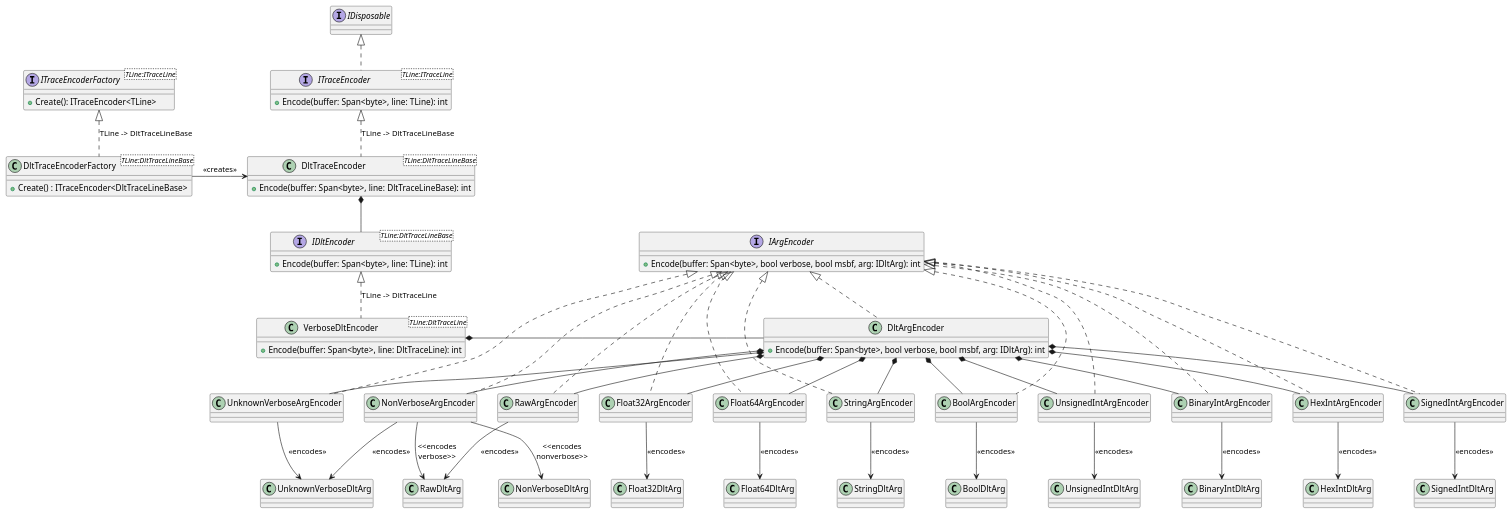
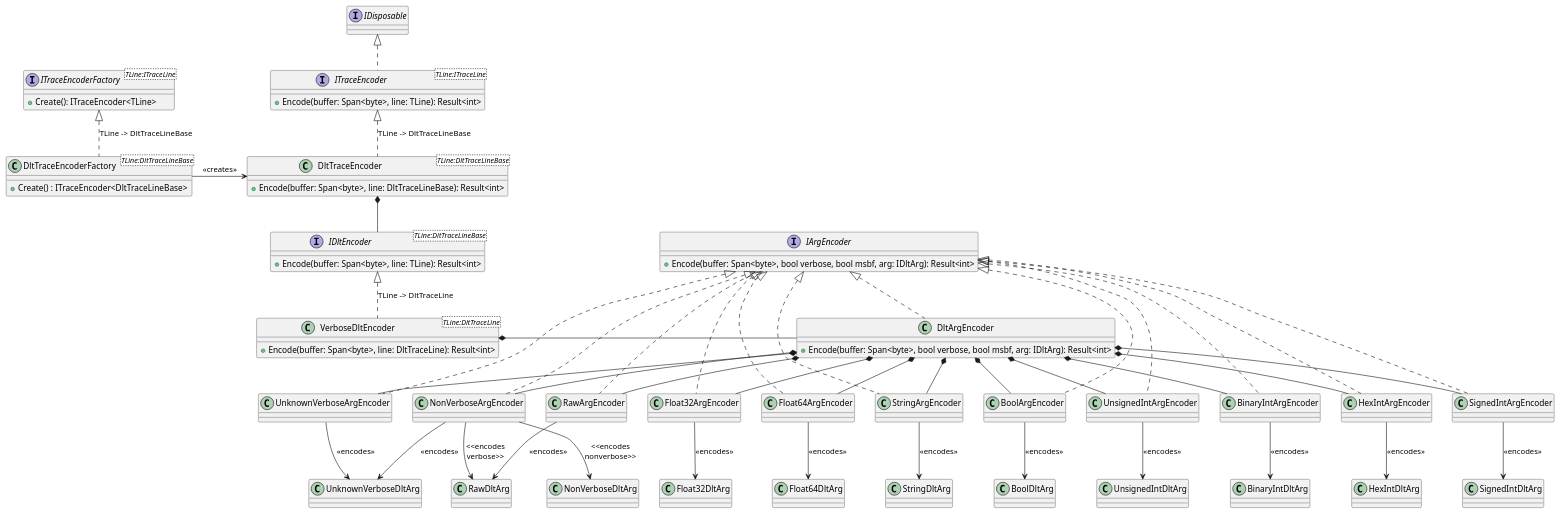
One commit to jcurl/RJCP.DLL.Log changed the diagram in TraceReader.Dlt/docs/diagrams/Dlt.WriterEncoder.plantuml. Above: the diagram before and after it, drawn with PlantUML. The commit also changed 7 other files, not shown here.

First line of the commit message:
DLT Writer: Update UML for Result<int> type

```diff
--- a/TraceReader.Dlt/docs/diagrams/Dlt.WriterEncoder.plantuml
+++ b/TraceReader.Dlt/docs/diagrams/Dlt.WriterEncoder.plantuml
@@ -1,97 +1,97 @@
 @startuml DLT.WriterEncoder
 interface IDisposable
 
 interface ITraceEncoder<TLine:ITraceLine> {
-    +Encode(buffer: Span<byte>, line: TLine): int
+    +Encode(buffer: Span<byte>, line: TLine): Result<int>
 }
 IDisposable <|.d. ITraceEncoder
 
 interface ITraceEncoderFactory<TLine:ITraceLine> {
     +Create(): ITraceEncoder<TLine>
 }
 
 class DltTraceEncoderFactory<TLine:DltTraceLineBase> {
     +Create() : ITraceEncoder<DltTraceLineBase>
 }
 ITraceEncoderFactory <|.d. DltTraceEncoderFactory : TLine -> DltTraceLineBase
 
 class DltTraceEncoder<TLine:DltTraceLineBase> {
-    +Encode(buffer: Span<byte>, line: DltTraceLineBase): int
+    +Encode(buffer: Span<byte>, line: DltTraceLineBase): Result<int>
 }
 ITraceEncoder <|.d. DltTraceEncoder : TLine -> DltTraceLineBase
 DltTraceEncoderFactory -r-> DltTraceEncoder : <<creates>>
 
 interface IDltEncoder<TLine:DltTraceLineBase> {
-   +Encode(buffer: Span<byte>, line: TLine): int
+   +Encode(buffer: Span<byte>, line: TLine): Result<int>
 }
 
 class VerboseDltEncoder<TLine:DltTraceLine> {
-    +Encode(buffer: Span<byte>, line: DltTraceLine): int
+    +Encode(buffer: Span<byte>, line: DltTraceLine): Result<int>
 }
 IDltEncoder <|.d. VerboseDltEncoder : TLine -> DltTraceLine
 
 interface IArgEncoder {
-    +Encode(buffer: Span<byte>, bool verbose, bool msbf, arg: IDltArg): int
+    +Encode(buffer: Span<byte>, bool verbose, bool msbf, arg: IDltArg): Result<int>
 }
 
 class DltArgEncoder {
-    +Encode(buffer: Span<byte>, bool verbose, bool msbf, arg: IDltArg): int
+    +Encode(buffer: Span<byte>, bool verbose, bool msbf, arg: IDltArg): Result<int>
 }
 IArgEncoder <|.d. DltArgEncoder
 VerboseDltEncoder *-r- DltArgEncoder
 
 class BoolArgEncoder
 together {
     class BinaryIntArgEncoder
     class HexIntArgEncoder
     class SignedIntArgEncoder
     class UnsignedIntArgEncoder
 }
 together {
     class Float32ArgEncoder
     class Float64ArgEncoder
 }
 class StringArgEncoder
 class RawArgEncoder
 class NonVerboseArgEncoder
 class UnknownVerboseArgEncoder
 IArgEncoder <|..d. BinaryIntArgEncoder
 IArgEncoder <|..d. HexIntArgEncoder
 IArgEncoder <|..d. SignedIntArgEncoder
 IArgEncoder <|..d. UnsignedIntArgEncoder
 IArgEncoder <|..d. BoolArgEncoder
 IArgEncoder <|..d. Float32ArgEncoder
 IArgEncoder <|..d. Float64ArgEncoder
 IArgEncoder <|..d. RawArgEncoder
 IArgEncoder <|..d. StringArgEncoder
 IArgEncoder <|..d. NonVerboseArgEncoder
 IArgEncoder <|..d. UnknownVerboseArgEncoder
 
 DltArgEncoder *-d- BinaryIntArgEncoder
 DltArgEncoder *-d- HexIntArgEncoder
 DltArgEncoder *-d- SignedIntArgEncoder
 DltArgEncoder *-d- UnsignedIntArgEncoder
 DltArgEncoder *-d- BoolArgEncoder
 DltArgEncoder *-d- Float32ArgEncoder
 DltArgEncoder *-d- Float64ArgEncoder
 DltArgEncoder *-d- RawArgEncoder
 DltArgEncoder *-d- StringArgEncoder
 DltArgEncoder *-d- NonVerboseArgEncoder
 DltArgEncoder *-d- UnknownVerboseArgEncoder
 
 DltTraceEncoder *-d- IDltEncoder
 
 BinaryIntArgEncoder -d-> BinaryIntDltArg : <<encodes>>
 HexIntArgEncoder -d-> HexIntDltArg : <<encodes>>
 SignedIntArgEncoder -d-> SignedIntDltArg : <<encodes>>
 UnsignedIntArgEncoder -d-> UnsignedIntDltArg : <<encodes>>
 BoolArgEncoder -d-> BoolDltArg : <<encodes>>
 Float32ArgEncoder -d-> Float32DltArg : <<encodes>>
 Float64ArgEncoder -d-> Float64DltArg : <<encodes>>
 StringArgEncoder -d-> StringDltArg : <<encodes>>
 RawArgEncoder -d-> RawDltArg : <<encodes>>
 NonVerboseArgEncoder -d-> RawDltArg : <<encodes\nverbose>>
 NonVerboseArgEncoder -d-> NonVerboseDltArg : <<encodes\nnonverbose>>
 NonVerboseArgEncoder -d-> UnknownVerboseDltArg : <<encodes>>
 UnknownVerboseArgEncoder -d-> UnknownVerboseDltArg : <<encodes>>
 @enduml
```
